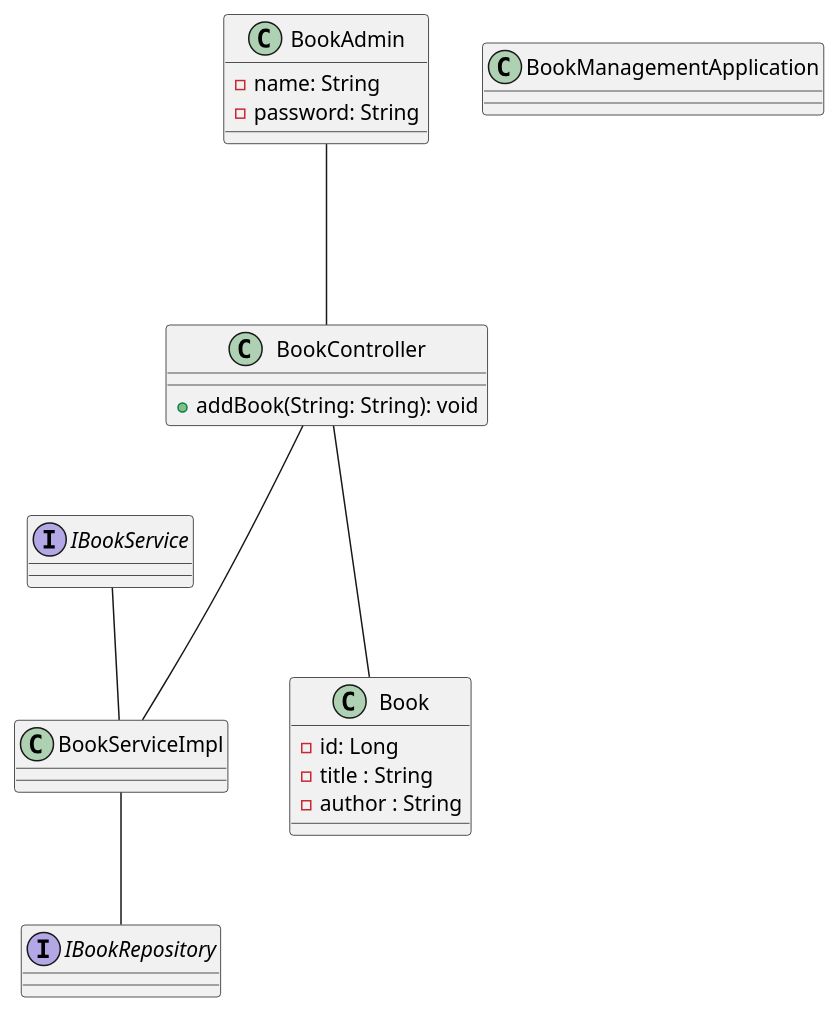
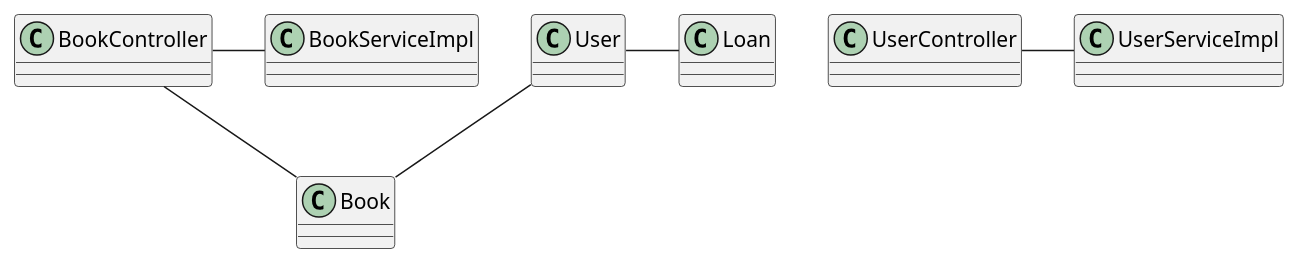
Before and after one commit to ayoubmoudrika/BookManagement: the diagram in docs/Book Management.puml, drawn with PlantUML. The commit also changed 20 other files, not shown here.

```diff
--- a/docs/Book Management.puml
+++ b/docs/Book Management.puml
@@ -1,41 +1,37 @@
 @startuml
 
+
+
 class Book {
- - id: Long
- - title : String
- - author : String
 }
 
 class BookController {
-+ addBook(String: String): void
-}
-
-interface IBookRepository {
 
 }
 
-interface IBookService
 class BookServiceImpl {
 }
 
-class BookManagementApplication
+class User {}
+class UserController {}
+class UserServiceImpl {}
 
-class BookAdmin {
-    - name: String
-    - password: String
+class Loan {}
 
-}
 
-BookServiceImpl -- IBookRepository
-BookController --- BookServiceImpl
-BookController --- Book
-BookAdmin --- BookController
-IBookService -- BookServiceImpl
+
+BookController - BookServiceImpl
+BookController -- Book
+
+User -- Book
+User - Loan
+UserController - UserServiceImpl
+
 
 
 
 
 
 
 
 @enduml
```
